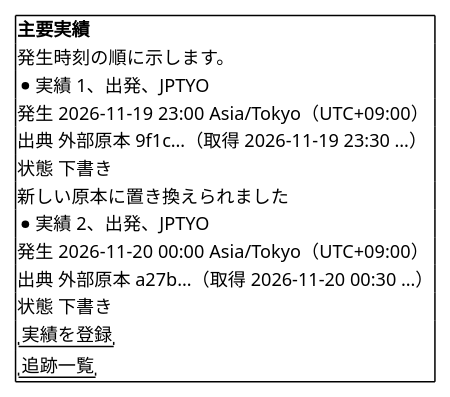
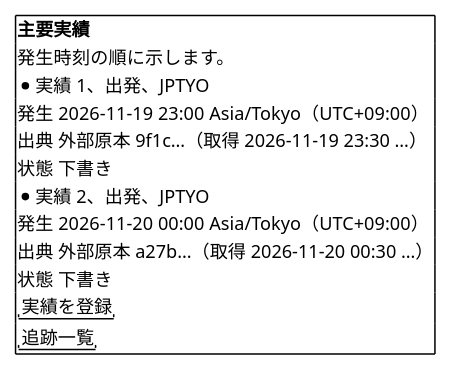
The first of 5 diagrams in docs/development/cargo-tracker/bolt_39g_plan.md (k2works/practical-domain-driven-design-in-enterpris-application), drawn with PlantUML before and after one commit. The commit also changed other lines of this file and 1 other file, not shown here.

````diff
--- a/docs/development/cargo-tracker/bolt_39g_plan.md
+++ b/docs/development/cargo-tracker/bolt_39g_plan.md
@@ -283,19 +310,18 @@
 ```plantuml
 @startsalt
 {+
   <b>主要実績
   発生時刻の順に示します。
   * 実績 1、出発、JPTYO
      発生 2026-11-19 23:00 Asia/Tokyo（UTC+09:00）
      出典 外部原本 9f1c…（取得 2026-11-19 23:30 …）
      状態 下書き
-     新しい原本に置き換えられました
   * 実績 2、出発、JPTYO
      発生 2026-11-20 00:00 Asia/Tokyo（UTC+09:00）
      出典 外部原本 a27b…（取得 2026-11-20 00:30 …）
      状態 下書き
   "実績を登録"
   "追跡一覧"
 }
 @endsalt
 ```
````
